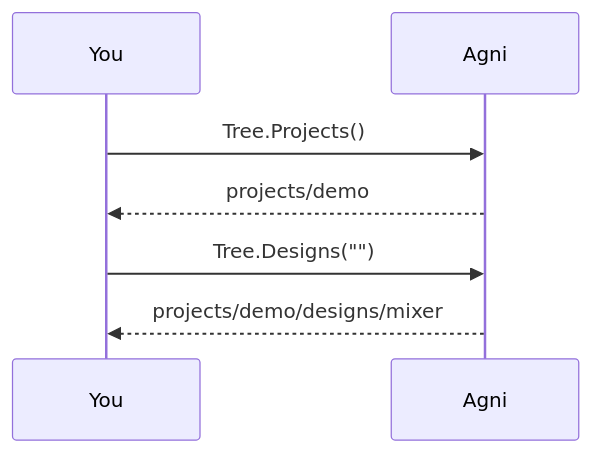
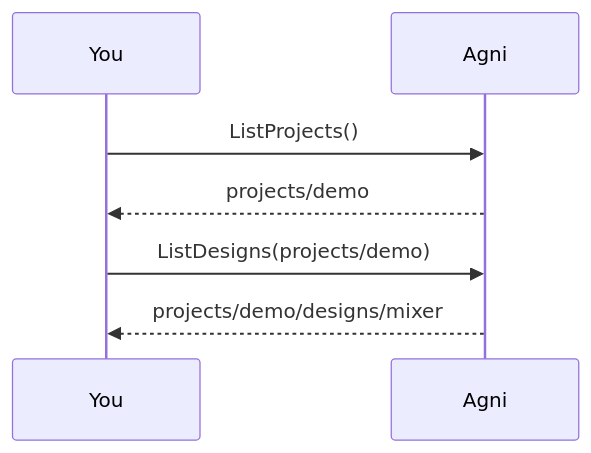
Before and after one commit to panyam/agni: the first of 2 diagrams in examples/resolve-design/walkthrough.md, drawn with Mermaid. The commit also changed other lines of this file and 25 other files, not shown here.

````diff
--- a/examples/resolve-design/walkthrough.md
+++ b/examples/resolve-design/walkthrough.md
@@ -27,7 +27,7 @@
 ```mermaid
 sequenceDiagram
-You ->> Agni: Tree.Projects()
+You ->> Agni: ListProjects()
 Agni -->> You: projects/demo
-You ->> Agni: Tree.Designs("")
+You ->> Agni: ListDesigns(projects/demo)
 Agni -->> You: projects/demo/designs/mixer
 ```
````
